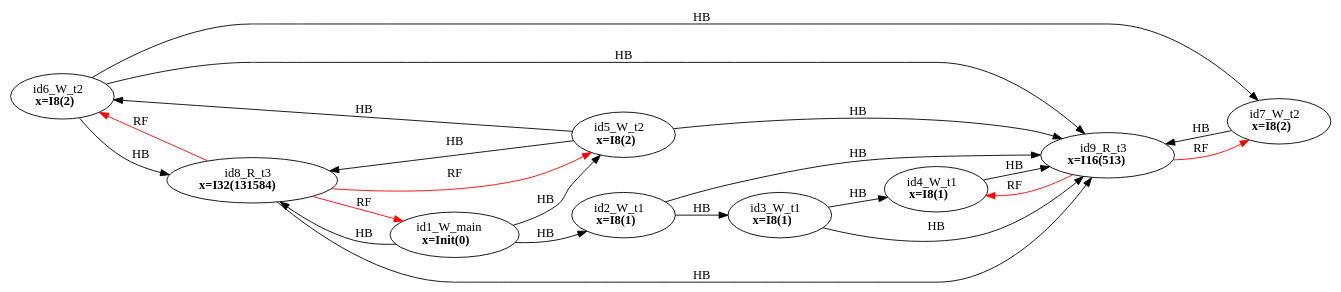
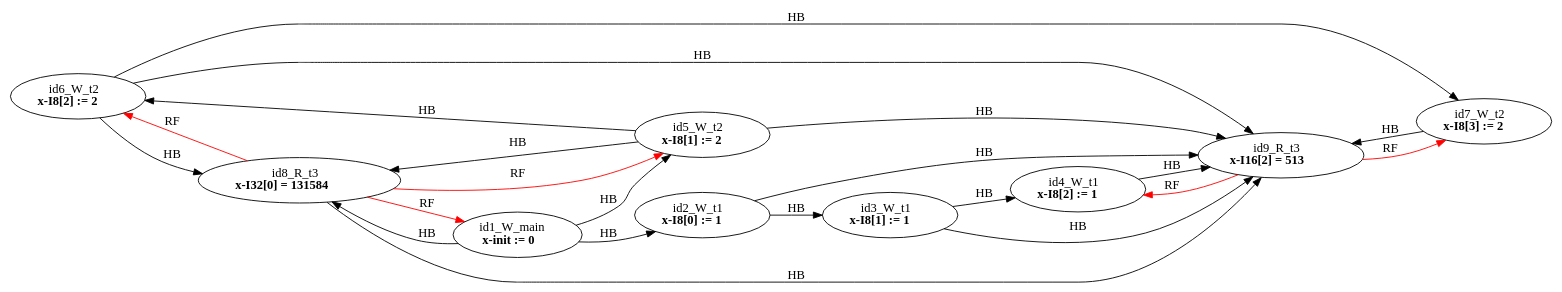
The diagram in examples/single_var/sv_simple20/mm34.dot (FMJS/EMME), drawn with Graphviz before and after one commit. The commit also changed 354 other files, not shown here.

```diff
--- a/examples/single_var/sv_simple20/mm34.dot
+++ b/examples/single_var/sv_simple20/mm34.dot
@@ -1,34 +1,34 @@
 digraph memory_model {
 rankdir=LR;
 splines=true; esep=0.5;
 id2_W_t1 -> id3_W_t1 [label = "HB", color="black"];
 id3_W_t1 -> id4_W_t1 [label = "HB", color="black"];
 id5_W_t2 -> id6_W_t2 [label = "HB", color="black"];
 id6_W_t2 -> id7_W_t2 [label = "HB", color="black"];
 id8_R_t3 -> id9_R_t3 [label = "HB", color="black"];
 id1_W_main -> id2_W_t1 [label = "HB", color="black"];
 id1_W_main -> id5_W_t2 [label = "HB", color="black"];
 id1_W_main -> id8_R_t3 [label = "HB", color="black"];
 id2_W_t1 -> id9_R_t3 [label = "HB", color="black"];
 id3_W_t1 -> id9_R_t3 [label = "HB", color="black"];
 id4_W_t1 -> id9_R_t3 [label = "HB", color="black"];
 id5_W_t2 -> id8_R_t3 [label = "HB", color="black"];
 id5_W_t2 -> id9_R_t3 [label = "HB", color="black"];
 id6_W_t2 -> id8_R_t3 [label = "HB", color="black"];
 id6_W_t2 -> id9_R_t3 [label = "HB", color="black"];
 id7_W_t2 -> id9_R_t3 [label = "HB", color="black"];
 id8_R_t3 -> id1_W_main [label = "RF", color="red"];
 id8_R_t3 -> id5_W_t2 [label = "RF", color="red"];
 id8_R_t3 -> id6_W_t2 [label = "RF", color="red"];
 id9_R_t3 -> id4_W_t1 [label = "RF", color="red"];
 id9_R_t3 -> id7_W_t2 [label = "RF", color="red"];
-id1_W_main [label=<id1_W_main<br/><B>x=Init(0)</B>>, pos="5.0,6!"]
-id2_W_t1 [label=<id2_W_t1<br/><B>x=I8(1)</B>>, pos="0,4!"]
-id3_W_t1 [label=<id3_W_t1<br/><B>x=I8(1)</B>>, pos="0,2!"]
-id4_W_t1 [label=<id4_W_t1<br/><B>x=I8(1)</B>>, pos="0,0!"]
-id5_W_t2 [label=<id5_W_t2<br/><B>x=I8(2)</B>>, pos="5,4!"]
-id6_W_t2 [label=<id6_W_t2<br/><B>x=I8(2)</B>>, pos="5,2!"]
-id7_W_t2 [label=<id7_W_t2<br/><B>x=I8(2)</B>>, pos="5,0!"]
-id8_R_t3 [label=<id8_R_t3<br/><B>x=I32(131584)</B>>, pos="10,4!"]
-id9_R_t3 [label=<id9_R_t3<br/><B>x=I16(513)</B>>, pos="10,2!"]
+id1_W_main [label=<id1_W_main<br/><B>x-init := 0</B>>, pos="5.0,6!"]
+id2_W_t1 [label=<id2_W_t1<br/><B>x-I8[0] := 1</B>>, pos="0,4!"]
+id3_W_t1 [label=<id3_W_t1<br/><B>x-I8[1] := 1</B>>, pos="0,2!"]
+id4_W_t1 [label=<id4_W_t1<br/><B>x-I8[2] := 1</B>>, pos="0,0!"]
+id5_W_t2 [label=<id5_W_t2<br/><B>x-I8[1] := 2</B>>, pos="5,4!"]
+id6_W_t2 [label=<id6_W_t2<br/><B>x-I8[2] := 2</B>>, pos="5,2!"]
+id7_W_t2 [label=<id7_W_t2<br/><B>x-I8[3] := 2</B>>, pos="5,0!"]
+id8_R_t3 [label=<id8_R_t3<br/><B>x-I32[0] = 131584</B>>, pos="10,4!"]
+id9_R_t3 [label=<id9_R_t3<br/><B>x-I16[2] = 513</B>>, pos="10,2!"]
 }
```
